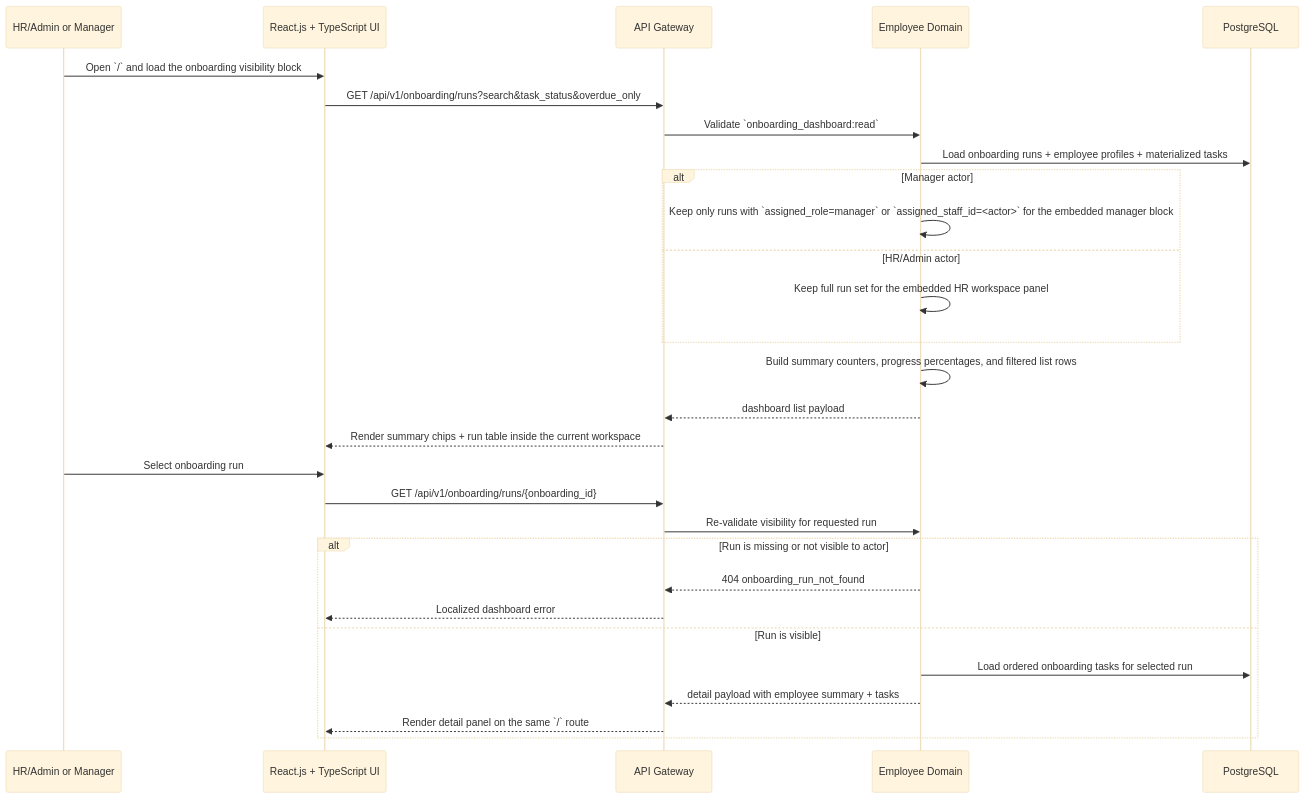
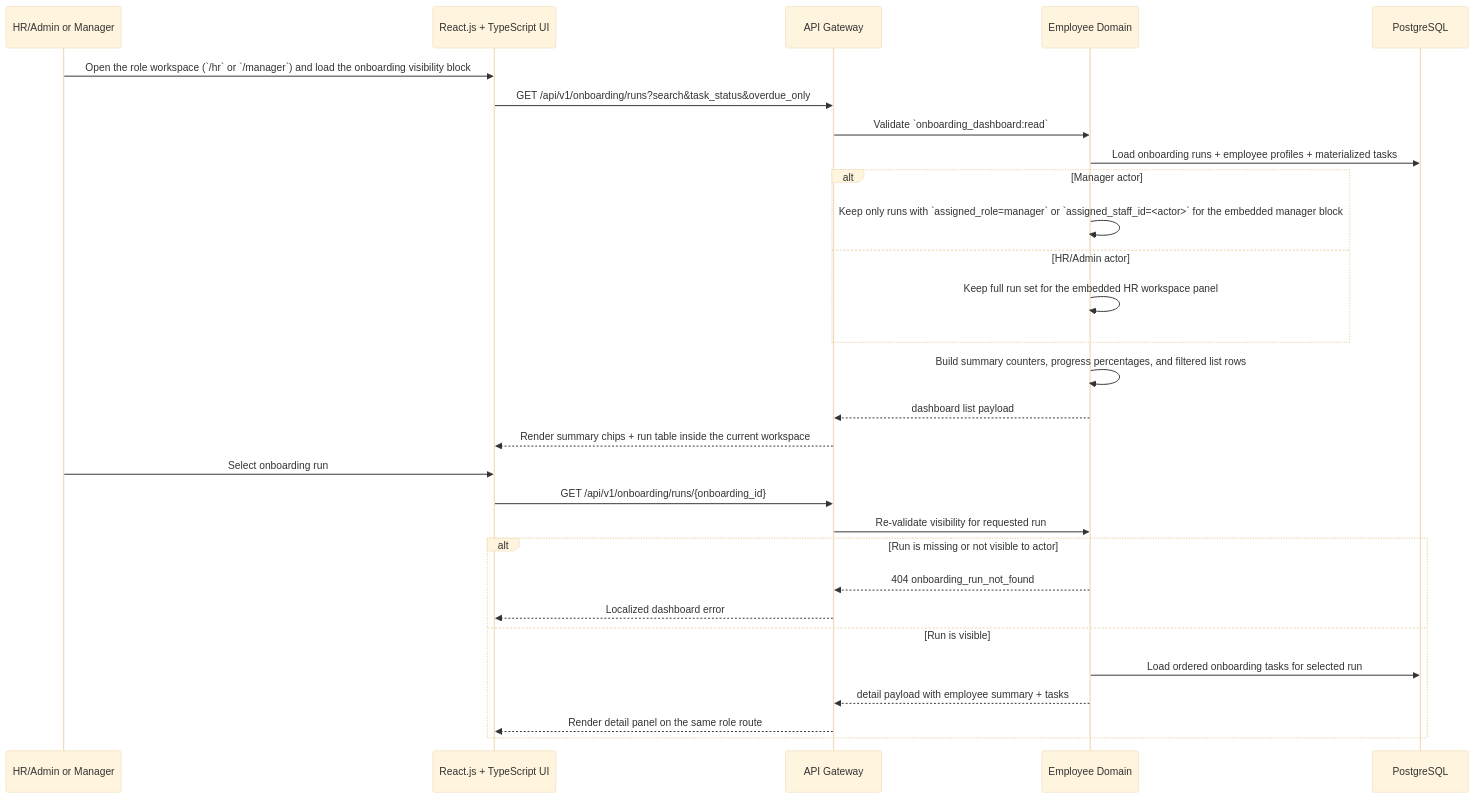
One commit to RubiFoc/hrm changed the ninth of 31 diagrams in docs/architecture/diagrams.md. Above: the diagram before and after it, drawn with Mermaid (base theme). The commit also changed other lines of this file and 81 other files, not shown here.

````diff
--- a/docs/architecture/diagrams.md
+++ b/docs/architecture/diagrams.md
@@ -391,32 +391,32 @@
 ```mermaid
 sequenceDiagram
   participant STAFF as HR/Admin or Manager
   participant UI as React.js + TypeScript UI
   participant API as API Gateway
   participant EMP as Employee Domain
   participant DB as PostgreSQL
 
-  STAFF->>UI: Open `/` and load the onboarding visibility block
+  STAFF->>UI: Open the role workspace (`/hr` or `/manager`) and load the onboarding visibility block
   UI->>API: GET /api/v1/onboarding/runs?search&task_status&overdue_only
   API->>EMP: Validate `onboarding_dashboard:read`
   EMP->>DB: Load onboarding runs + employee profiles + materialized tasks
   alt Manager actor
     EMP->>EMP: Keep only runs with `assigned_role=manager` or `assigned_staff_id=<actor>` for the embedded manager block
   else HR/Admin actor
     EMP->>EMP: Keep full run set for the embedded HR workspace panel
   end
   EMP->>EMP: Build summary counters, progress percentages, and filtered list rows
   EMP-->>API: dashboard list payload
   API-->>UI: Render summary chips + run table inside the current workspace
   STAFF->>UI: Select onboarding run
   UI->>API: GET /api/v1/onboarding/runs/{onboarding_id}
   API->>EMP: Re-validate visibility for requested run
   alt Run is missing or not visible to actor
     EMP-->>API: 404 onboarding_run_not_found
     API-->>UI: Localized dashboard error
   else Run is visible
     EMP->>DB: Load ordered onboarding tasks for selected run
     EMP-->>API: detail payload with employee summary + tasks
-    API-->>UI: Render detail panel on the same `/` route
+    API-->>UI: Render detail panel on the same role route
   end
 ```
````
